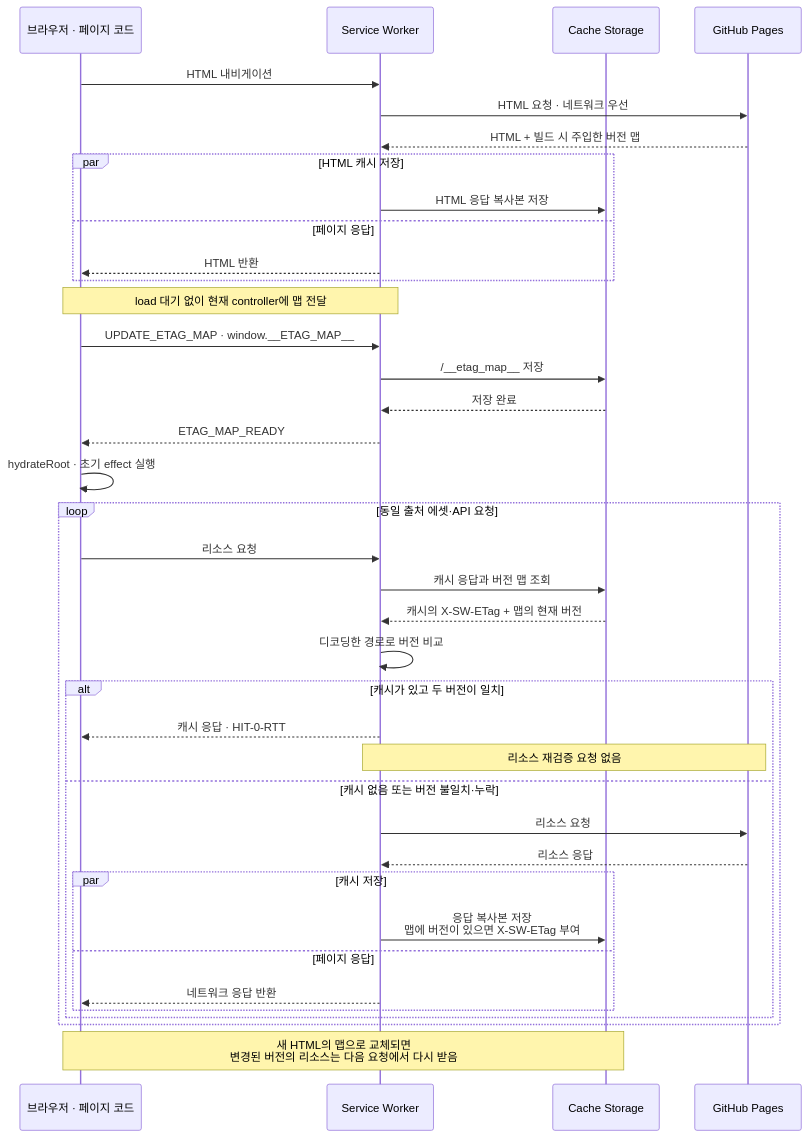
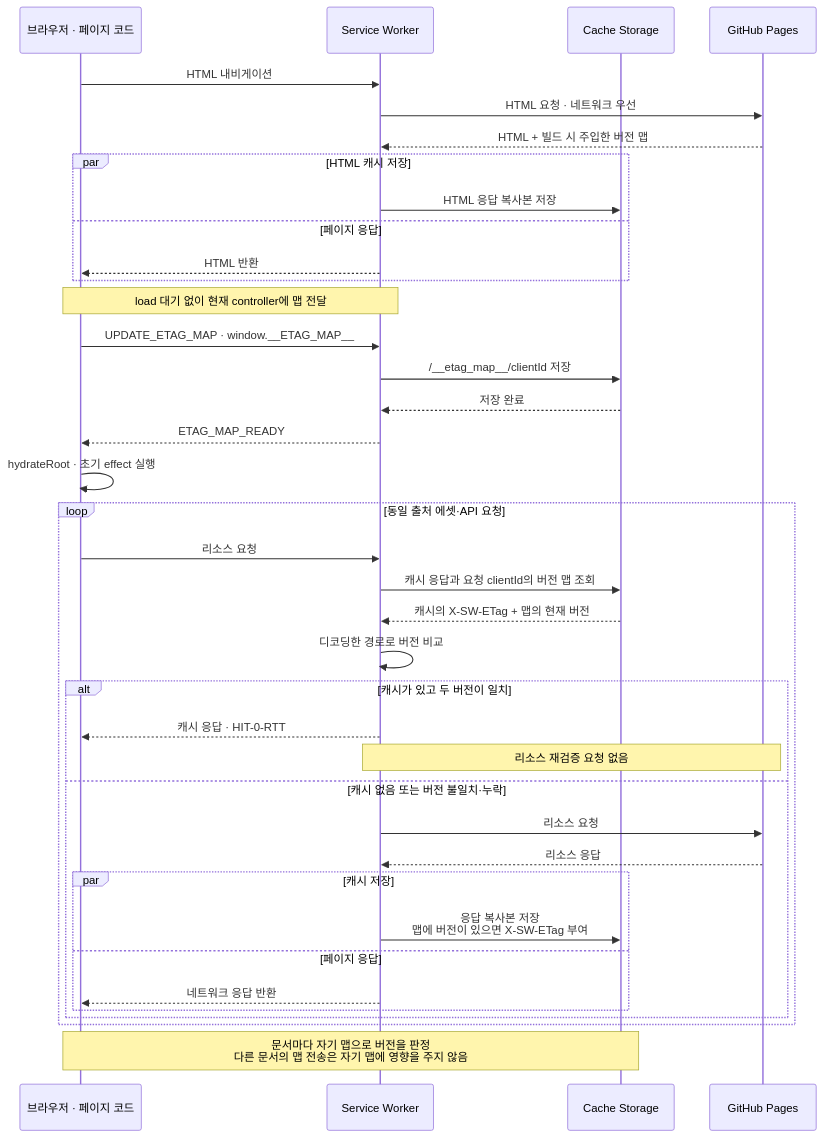
The second of 2 diagrams in docs/ETag-Map.md (tomatoM4to/tomatoM4to.github.io), drawn with Mermaid before and after one commit. The commit also changed other lines of this file and 5 other files, not shown here.

````diff
--- a/docs/ETag-Map.md
+++ b/docs/ETag-Map.md
@@ -50,42 +53,42 @@
 ```mermaid
 sequenceDiagram
     participant B as 브라우저 · 페이지 코드
     participant W as Service Worker
     participant C as Cache Storage
     participant S as GitHub Pages
 
     B->>W: HTML 내비게이션
     W->>S: HTML 요청 · 네트워크 우선
     S-->>W: HTML + 빌드 시 주입한 버전 맵
     par HTML 캐시 저장
         W->>C: HTML 응답 복사본 저장
     and 페이지 응답
         W-->>B: HTML 반환
     end
     Note over B,W: load 대기 없이 현재 controller에 맵 전달
     B->>W: UPDATE_ETAG_MAP · window.__ETAG_MAP__
-    W->>C: /__etag_map__ 저장
+    W->>C: /__etag_map__/clientId 저장
     C-->>W: 저장 완료
     W-->>B: ETAG_MAP_READY
     B->>B: hydrateRoot · 초기 effect 실행
 
     loop 동일 출처 에셋·API 요청
         B->>W: 리소스 요청
-        W->>C: 캐시 응답과 버전 맵 조회
+        W->>C: 캐시 응답과 요청 clientId의 버전 맵 조회
         C-->>W: 캐시의 X-SW-ETag + 맵의 현재 버전
         W->>W: 디코딩한 경로로 버전 비교
         alt 캐시가 있고 두 버전이 일치
             W-->>B: 캐시 응답 · HIT-0-RTT
             Note over W,S: 리소스 재검증 요청 없음
         else 캐시 없음 또는 버전 불일치·누락
             W->>S: 리소스 요청
             S-->>W: 리소스 응답
             par 캐시 저장
                 W->>C: 응답 복사본 저장<br/>맵에 버전이 있으면 X-SW-ETag 부여
             and 페이지 응답
                 W-->>B: 네트워크 응답 반환
             end
         end
     end
-    Note over B,C: 새 HTML의 맵으로 교체되면<br/>변경된 버전의 리소스는 다음 요청에서 다시 받음
+    Note over B,C: 문서마다 자기 맵으로 버전을 판정<br/>다른 문서의 맵 전송은 자기 맵에 영향을 주지 않음
 ```
````
